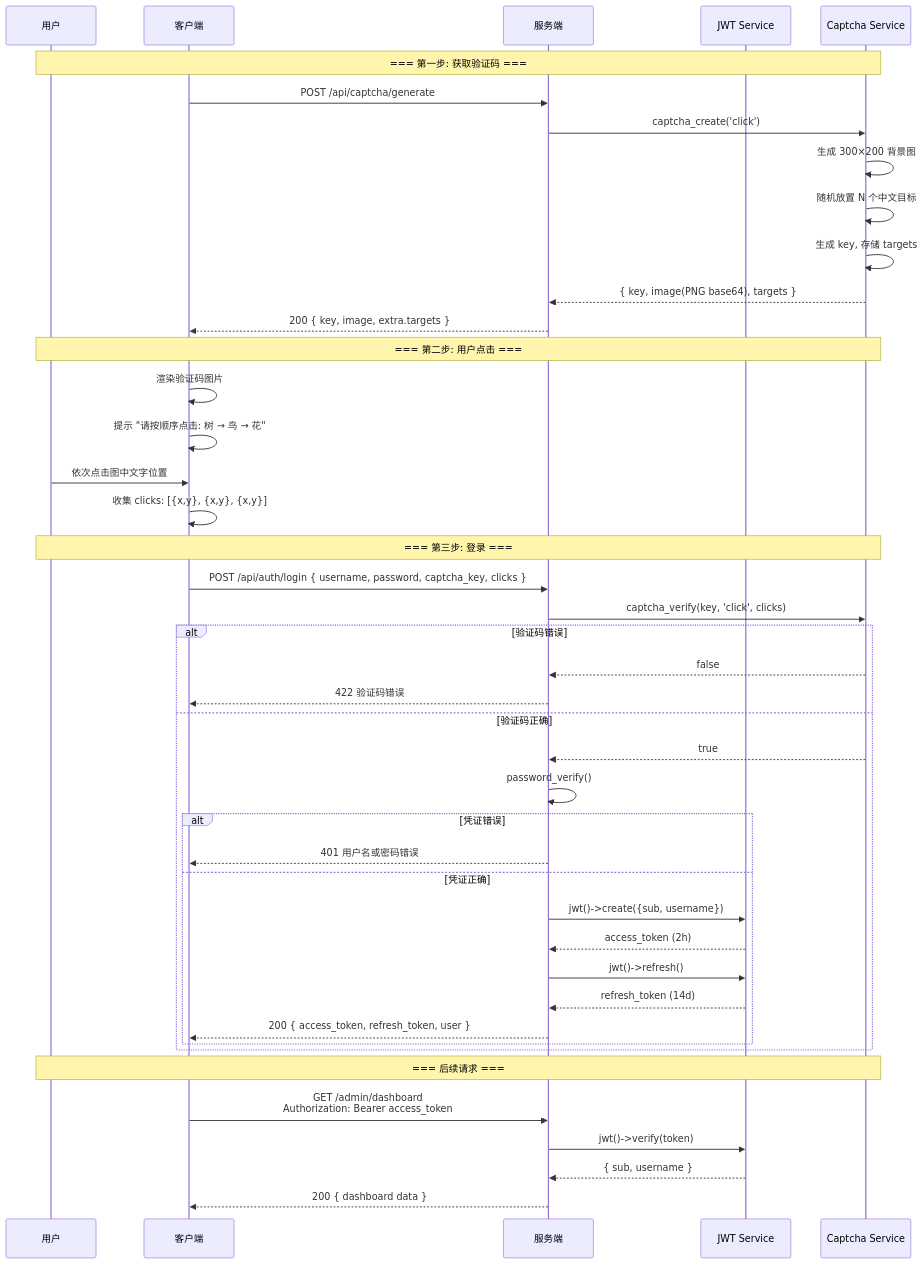
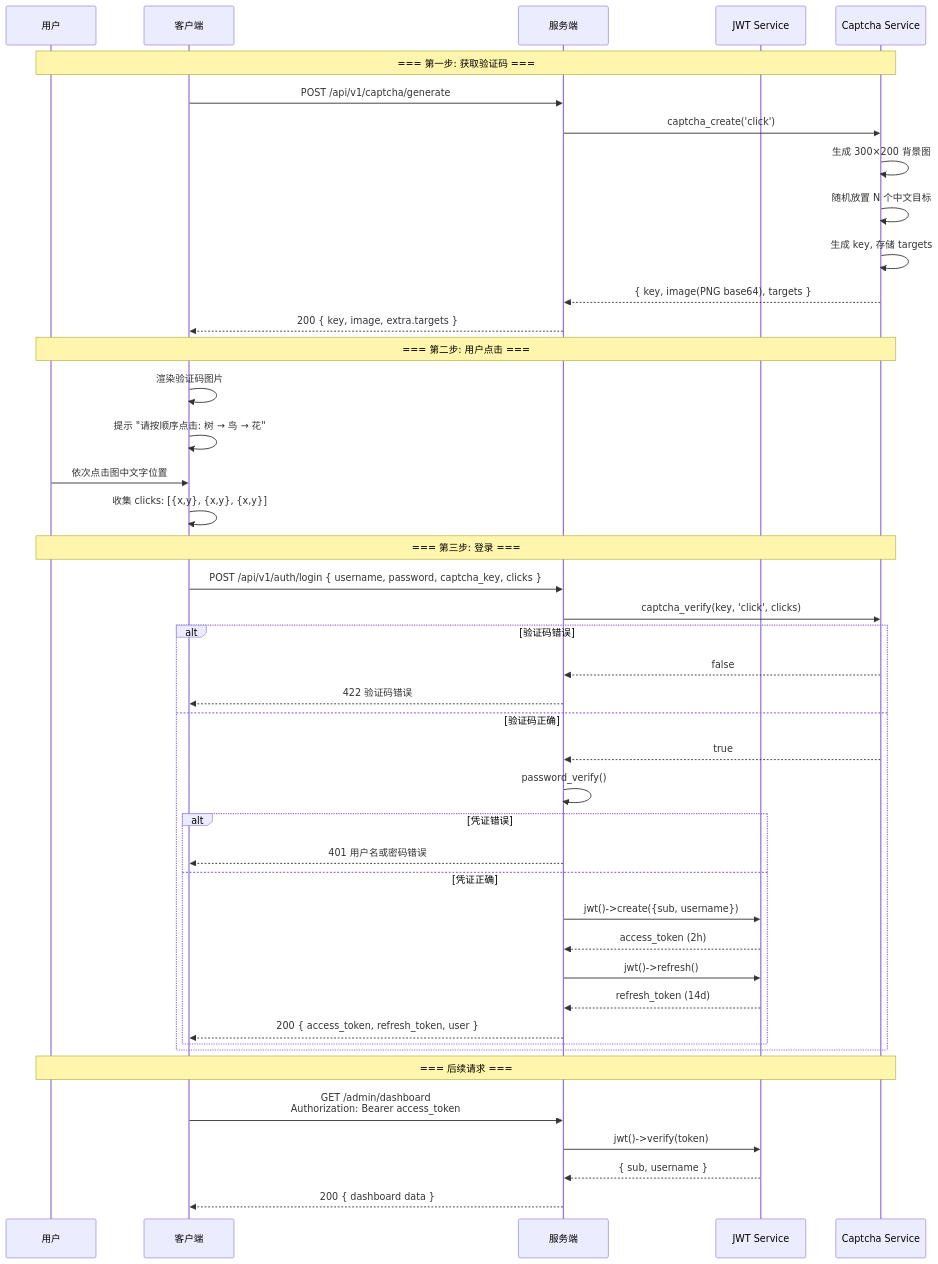
The fourth of 14 diagrams in admin/docs/ARCHITECTURE.md (erikwang2013/property-management-platform), drawn with Mermaid before and after one commit. The commit also changed other lines of this file and 101 other files, not shown here.

````diff
--- a/admin/docs/ARCHITECTURE.md
+++ b/admin/docs/ARCHITECTURE.md
@@ -228,49 +225,49 @@
 ```mermaid
 sequenceDiagram
     participant U as 用户
     participant CL as 客户端
     participant SV as 服务端
     participant JWT as JWT Service
     participant CAP as Captcha Service
 
     Note over U,CAP: === 第一步: 获取验证码 ===
-    CL->>SV: POST /api/captcha/generate
+    CL->>SV: POST /api/v1/captcha/generate
     SV->>CAP: captcha_create('click')
     CAP->>CAP: 生成 300×200 背景图
     CAP->>CAP: 随机放置 N 个中文目标
     CAP->>CAP: 生成 key, 存储 targets
     CAP-->>SV: { key, image(PNG base64), targets }
     SV-->>CL: 200 { key, image, extra.targets }
 
     Note over U,CAP: === 第二步: 用户点击 ===
     CL->>CL: 渲染验证码图片
     CL->>CL: 提示 "请按顺序点击: 树 → 鸟 → 花"
     U->>CL: 依次点击图中文字位置
     CL->>CL: 收集 clicks: [{x,y}, {x,y}, {x,y}]
 
     Note over U,CAP: === 第三步: 登录 ===
-    CL->>SV: POST /api/auth/login { username, password, captcha_key, clicks }
+    CL->>SV: POST /api/v1/auth/login { username, password, captcha_key, clicks }
     SV->>CAP: captcha_verify(key, 'click', clicks)
     alt 验证码错误
         CAP-->>SV: false
         SV-->>CL: 422 验证码错误
     else 验证码正确
         CAP-->>SV: true
         SV->>SV: password_verify()
         alt 凭证错误
             SV-->>CL: 401 用户名或密码错误
         else 凭证正确
             SV->>JWT: jwt()->create({sub, username})
             JWT-->>SV: access_token (2h)
             SV->>JWT: jwt()->refresh()
             JWT-->>SV: refresh_token (14d)
             SV-->>CL: 200 { access_token, refresh_token, user }
         end
     end
 
     Note over U,CAP: === 后续请求 ===
     CL->>SV: GET /admin/dashboard<br/>Authorization: Bearer access_token
     SV->>JWT: jwt()->verify(token)
     JWT-->>SV: { sub, username }
     SV-->>CL: 200 { dashboard data }
 ```
````
